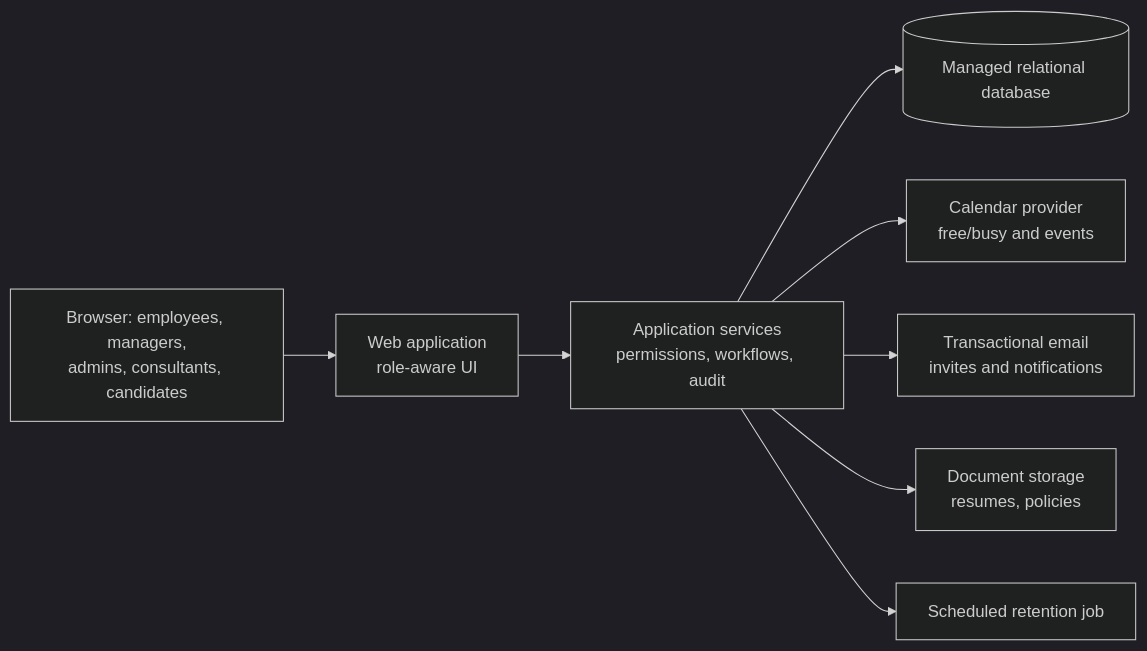
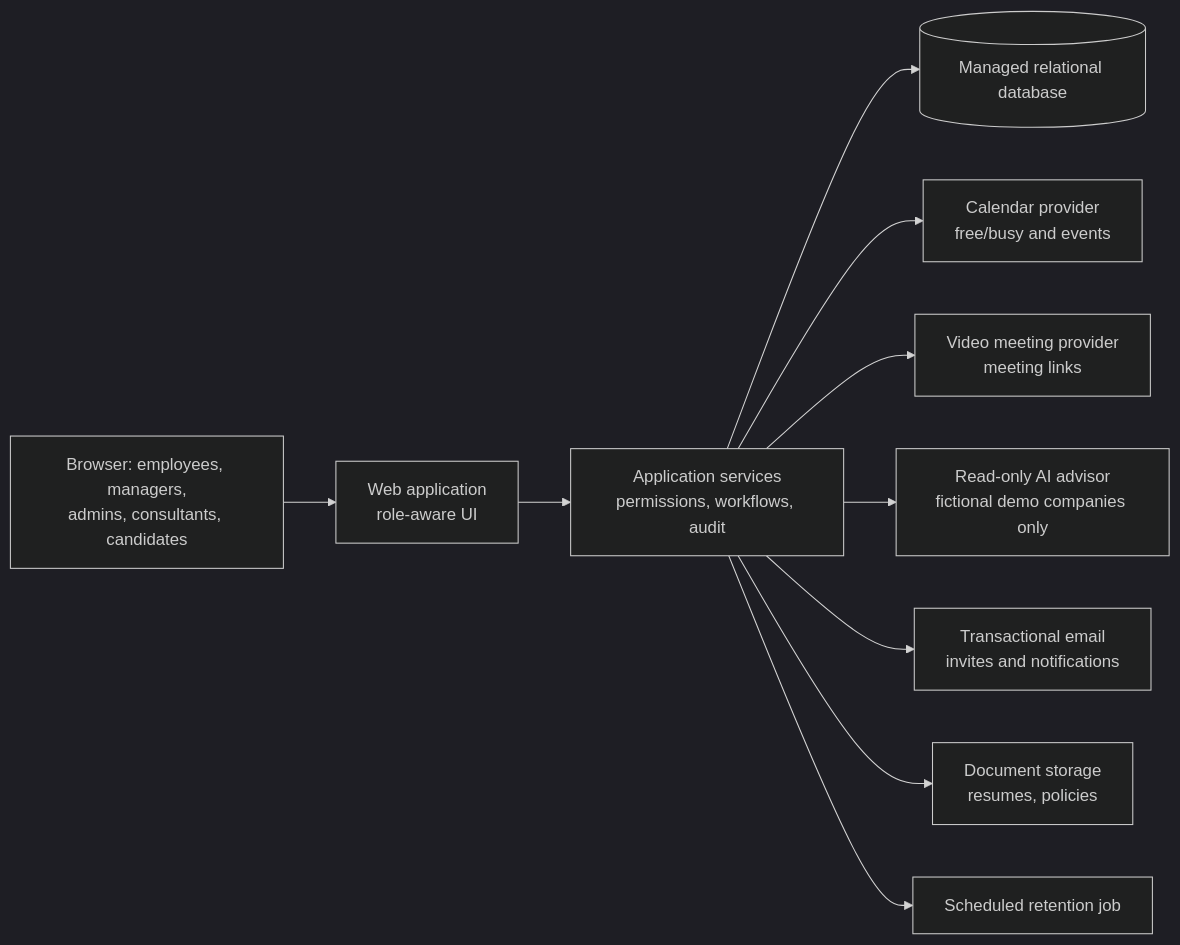
One commit to staceykay67/scalemaker-hris-showcase changed the eighth of 8 diagrams in README.md. Above: the diagram before and after it, drawn with Mermaid (dark theme). The commit also changed other lines of this file, not shown here.

````diff
--- a/README.md
+++ b/README.md
@@ -335,10 +487,12 @@
 ```mermaid
 flowchart LR
     U["Browser: employees, managers,<br/>admins, consultants, candidates"] --> W["Web application<br/>role-aware UI"]
     W --> A["Application services<br/>permissions, workflows, audit"]
     A --> D[("Managed relational database")]
     A --> Cal["Calendar provider<br/>free/busy and events"]
+    A --> Vid["Video meeting provider<br/>meeting links"]
+    A --> Advisor["Read-only AI advisor<br/>fictional demo companies only"]
     A --> M["Transactional email<br/>invites and notifications"]
     A --> Docs["Document storage<br/>resumes, policies"]
     A --> Ret["Scheduled retention job"]
 ```
````
